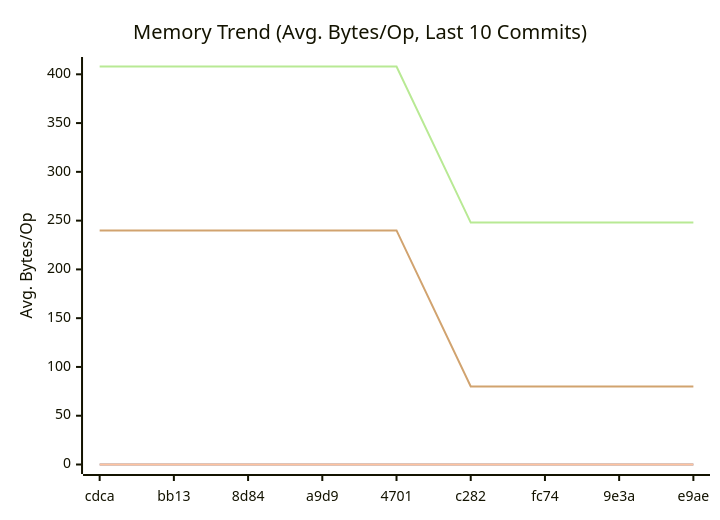
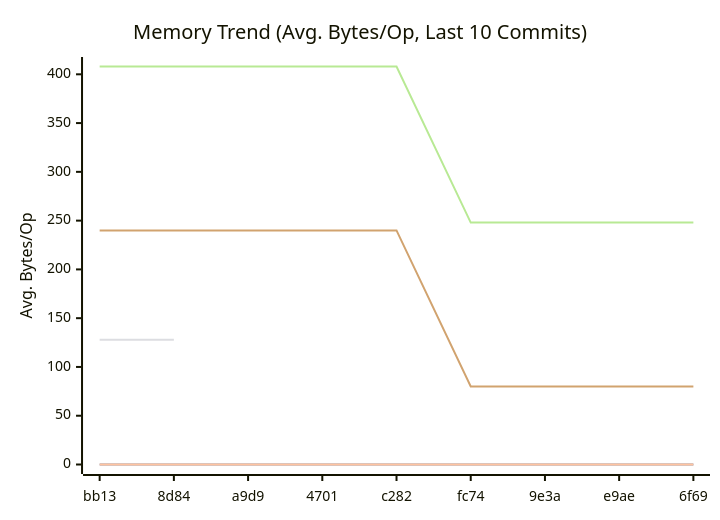
The second of 3 diagrams in doc/README.md (alsotoes/momo), drawn with Mermaid before and after one commit. The commit also changed other lines of this file and 1 other file, not shown here.

````diff
--- a/doc/README.md
+++ b/doc/README.md
@@ -316,13 +307,13 @@
 ```mermaid
 xychart-beta
     title "Memory Trend (Avg. Bytes/Op, Last 10 Commits)"
     x-axis "Commit"
     y-axis "Avg. Bytes/Op"
-    x-axis [cdca,bb13,8d84,a9d9,4701,c282,fc74,9e3a,e9ae]
+    x-axis [bb13,8d84,a9d9,4701,c282,fc74,9e3a,e9ae,6f69]
     line "CheckMetricsAndSwap" [0,0,0,0,0,0,0,0,0,0]
     line "IndexDirectTracking" [0,0,0,0,0,0,0,0,0,0]
     line "IndexSearch" [0,0,0,0,0,0,0,0,0,0]
-    line "PadString" [128]
+    line "PadString" [128,128]
     line "ParseReplicationOrder_NoPrealloc" [408,408,408,408,408,248,248,248,248,248]
     line "ParseReplicationOrder_Prealloc" [240,240,240,240,240,80,80,80,80,80]
 ```
````
